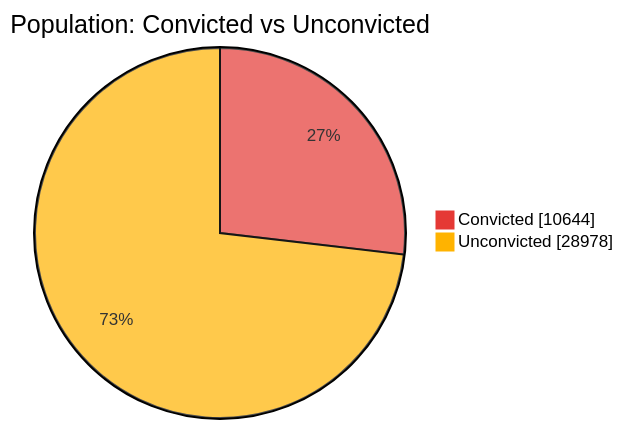
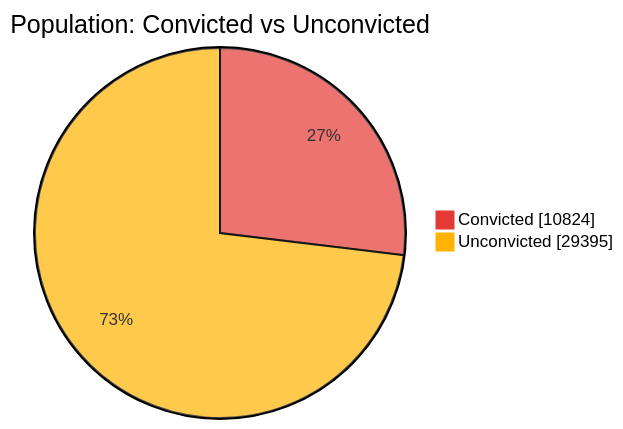
One commit to nuuuwan/lk_prisons changed the first of 7 diagrams in README.md. Above: the diagram before and after it, drawn with Mermaid. The commit also changed other lines of this file and 1 other file, not shown here.

````diff
--- a/README.md
+++ b/README.md
@@ -43,6 +43,6 @@
 ```mermaid
 %%{init: {'themeVariables': {'pie1': '#E53935', 'pie2': '#FFB300'}}}%%
 pie showData title Population: Convicted vs Unconvicted
-    "Convicted" : 10644
-    "Unconvicted" : 28978
+    "Convicted" : 10824
+    "Unconvicted" : 29395
 ```
````
